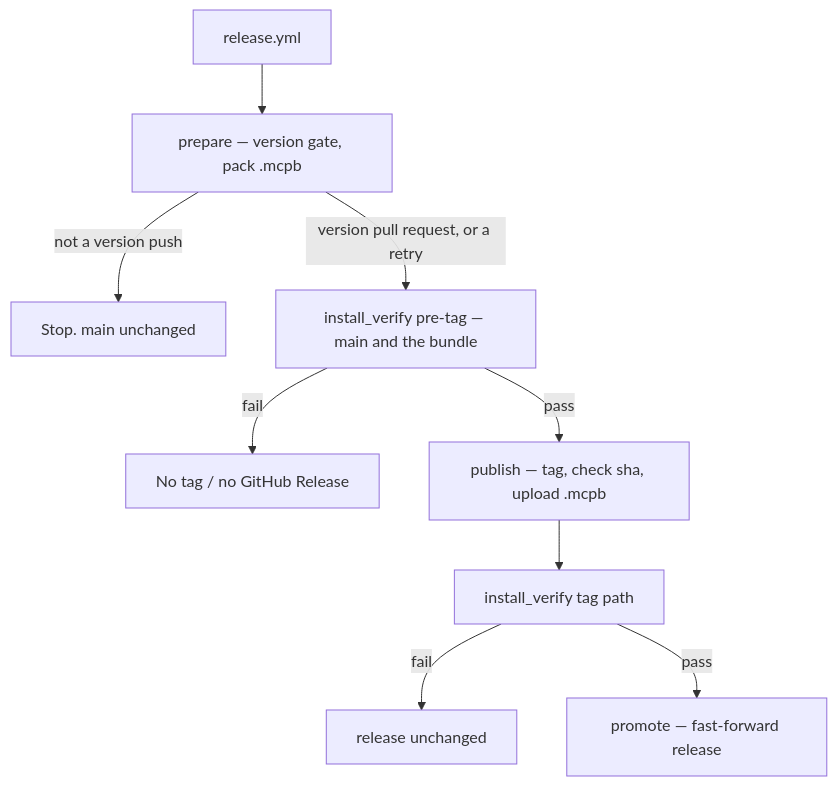
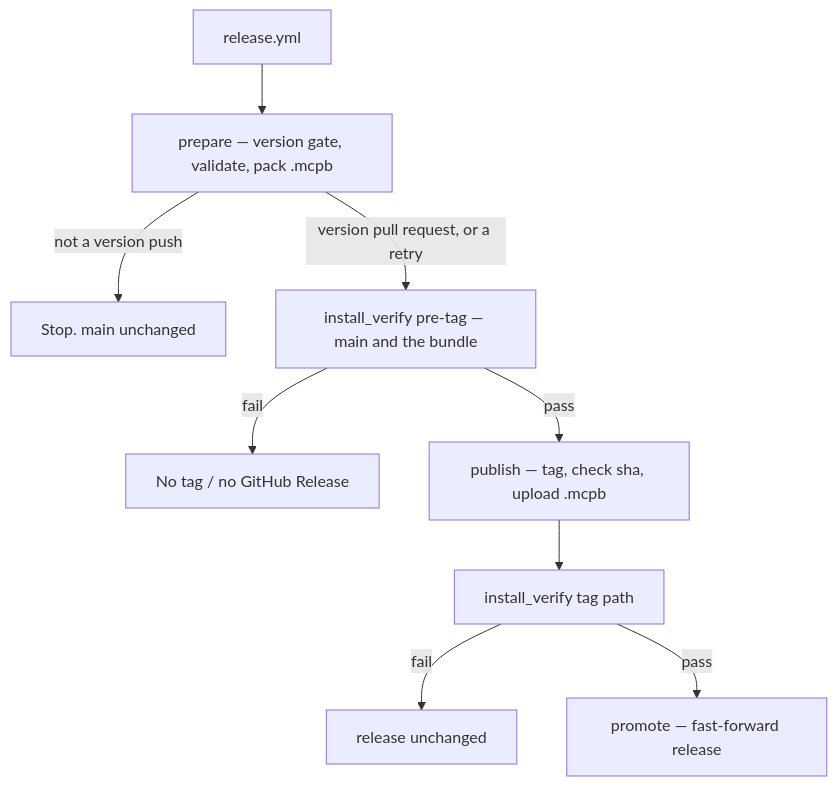
The diagram in MAINTAINING.md (CREATeNG/freecad-mcp-bridge), drawn with Mermaid before and after one commit. The commit also changed other lines of this file and 4 other files, not shown here.

````diff
--- a/MAINTAINING.md
+++ b/MAINTAINING.md
@@ -96,12 +96,12 @@
 ```mermaid
 flowchart TD
   R[release.yml]
-  R --> prep[prepare — version gate, pack .mcpb]
+  R --> prep[prepare — version gate, validate, pack .mcpb]
   prep -->|not a version push| skip[Stop. main unchanged]
   prep -->|version pull request, or a retry| verify[install_verify pre-tag — main and the bundle]
   verify -->|fail| stop[No tag / no GitHub Release]
   verify -->|pass| pub[publish — tag, check sha, upload .mcpb]
   pub --> postverify[install_verify tag path]
   postverify -->|fail| stop2[release unchanged]
   postverify -->|pass| promote[promote — fast-forward release]
 ```
````
